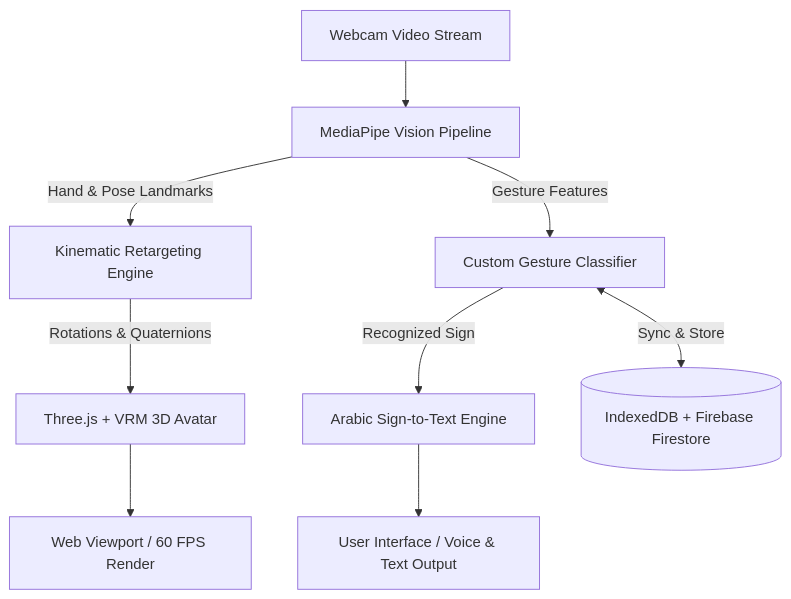
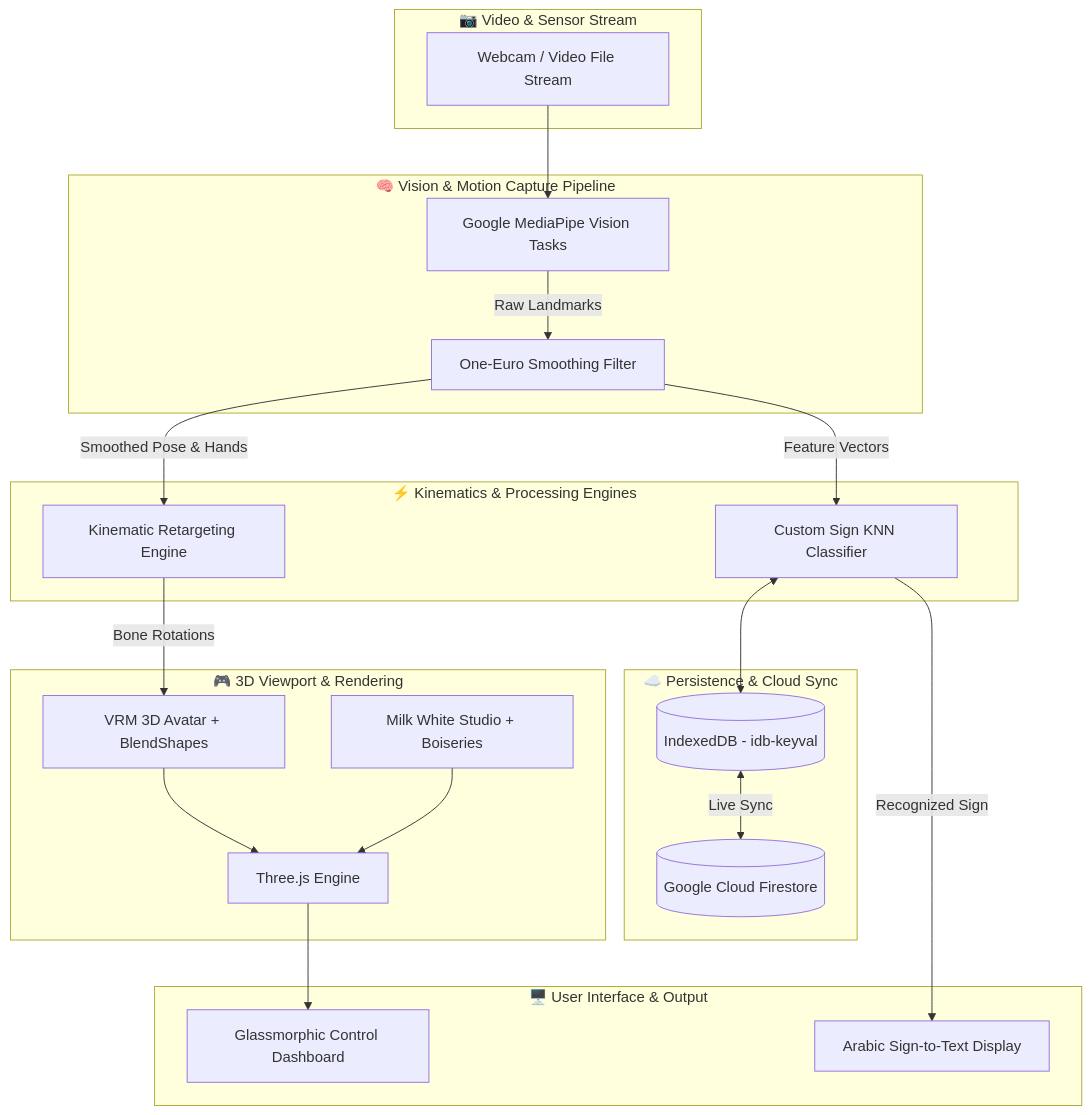
The diagram in README.md (marwanzidan086-coder/arabic-sign-language-mocap-3d), drawn with Mermaid before and after one commit. The commit also changed other lines of this file and 8 other files, not shown here.

````diff
--- a/README.md
+++ b/README.md
@@ -92,11 +121,43 @@
 ```mermaid
-graph TD
-    A[Webcam Video Stream] --> B[MediaPipe Vision Pipeline]
-    B -->|Hand & Pose Landmarks| C[Kinematic Retargeting Engine]
-    B -->|Gesture Features| D[Custom Gesture Classifier]
-    C -->|Rotations & Quaternions| E[Three.js + VRM 3D Avatar]
-    D -->|Recognized Sign| F[Arabic Sign-to-Text Engine]
-    D <-->|Sync & Store| G[(IndexedDB + Firebase Firestore)]
-    E --> H[Web Viewport / 60 FPS Render]
-    F --> I[User Interface / Voice & Text Output]
+flowchart TD
+    subgraph Input ["📷 Video & Sensor Stream"]
+        Cam[Webcam / Video File Stream]
+    end
+
+    subgraph VisionAI ["🧠 Vision & Motion Capture Pipeline"]
+        MP[Google MediaPipe Vision Tasks]
+        Filter[One-Euro Smoothing Filter]
+        Cam --> MP
+        MP -->|Raw Landmarks| Filter
+    end
+
+    subgraph CoreEngine ["⚡ Kinematics & Processing Engines"]
+        Retarget[Kinematic Retargeting Engine]
+        Classifier[Custom Sign KNN Classifier]
+        Filter -->|Smoothed Pose & Hands| Retarget
+        Filter -->|Feature Vectors| Classifier
+    end
+
+    subgraph Rendering ["🎮 3D Viewport & Rendering"]
+        ThreeJS[Three.js Engine]
+        VRMAvatar[VRM 3D Avatar + BlendShapes]
+        Studio[Milk White Studio + Boiseries]
+        Retarget -->|Bone Rotations| VRMAvatar
+        VRMAvatar --> ThreeJS
+        Studio --> ThreeJS
+    end
+
+    subgraph DataSync ["☁️ Persistence & Cloud Sync"]
+        LocalDB[(IndexedDB - idb-keyval)]
+        CloudDB[(Google Cloud Firestore)]
+        Classifier <--> LocalDB
+        LocalDB <-->|Live Sync| CloudDB
+    end
+
+    subgraph UI ["🖥️ User Interface & Output"]
+        Display[Glassmorphic Control Dashboard]
+        SpeechText[Arabic Sign-to-Text Display]
+        ThreeJS --> Display
+        Classifier -->|Recognized Sign| SpeechText
+    end
 ```
````
